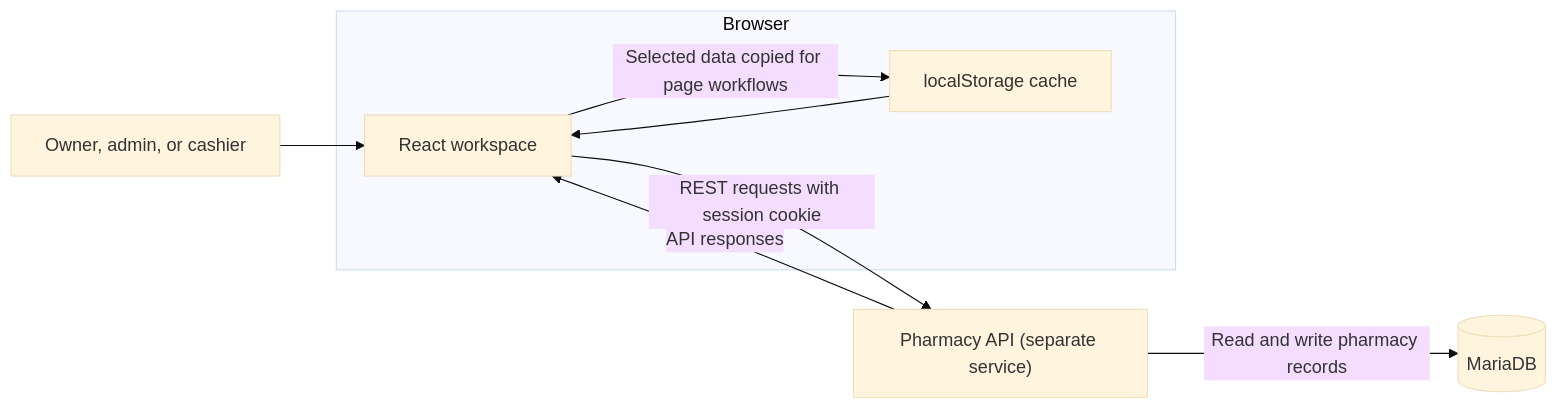
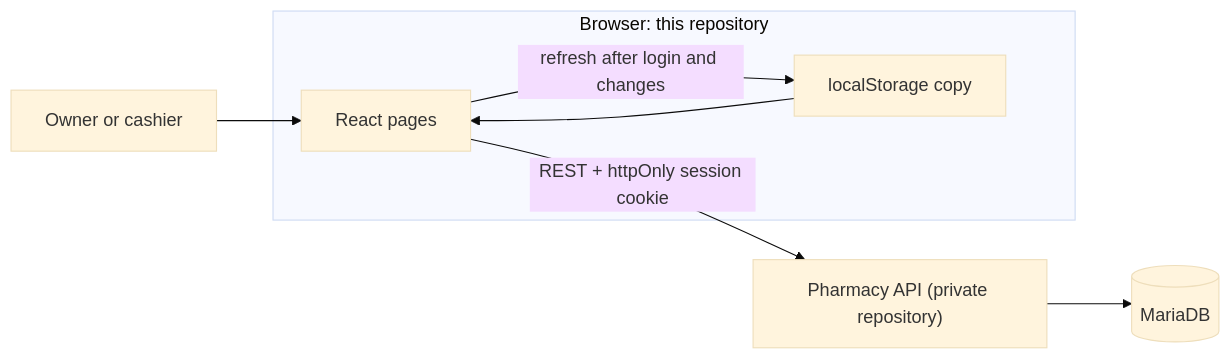
One commit to adrianniel/Dagohoy-Pharmacy-Web changed the diagram in README.md. Above: the diagram before and after it, drawn with Mermaid (base theme). The commit also changed other lines of this file and 1 other file, not shown here.

Commit message:
docs: README rewritten from the current code (Inventory & Sales Record System, no receipts, features, API, commands, deployment, license); deployment notes: check web build settings on every upload

````diff
--- a/README.md
+++ b/README.md
@@ -41,14 +63,15 @@
 ```mermaid
 flowchart LR
-    Staff["Owner, admin, or cashier"]
-    subgraph Client["Browser"]
-        UI["React workspace"]
-        Cache["localStorage cache"]
+    Staff["Owner or cashier"]
+    subgraph Browser["Browser: this repository"]
+        UI["React pages"]
+        Copy["localStorage copy"]
     end
+    API["Pharmacy API (private repository)"]
+    DB[("MariaDB")]
     Staff --> UI
-    UI -->|"REST requests with session cookie"| API["Pharmacy API (separate service)"]
-    API -->|"API responses"| UI
-    API -->|"Read and write pharmacy records"| DB[("MariaDB")]
-    UI -->|"Selected data copied for page workflows"| Cache
-    Cache --> UI
+    UI -->|"REST + httpOnly session cookie"| API
+    API --> DB
+    UI -->|"refresh after login and changes"| Copy
+    Copy --> UI
 ```
````
